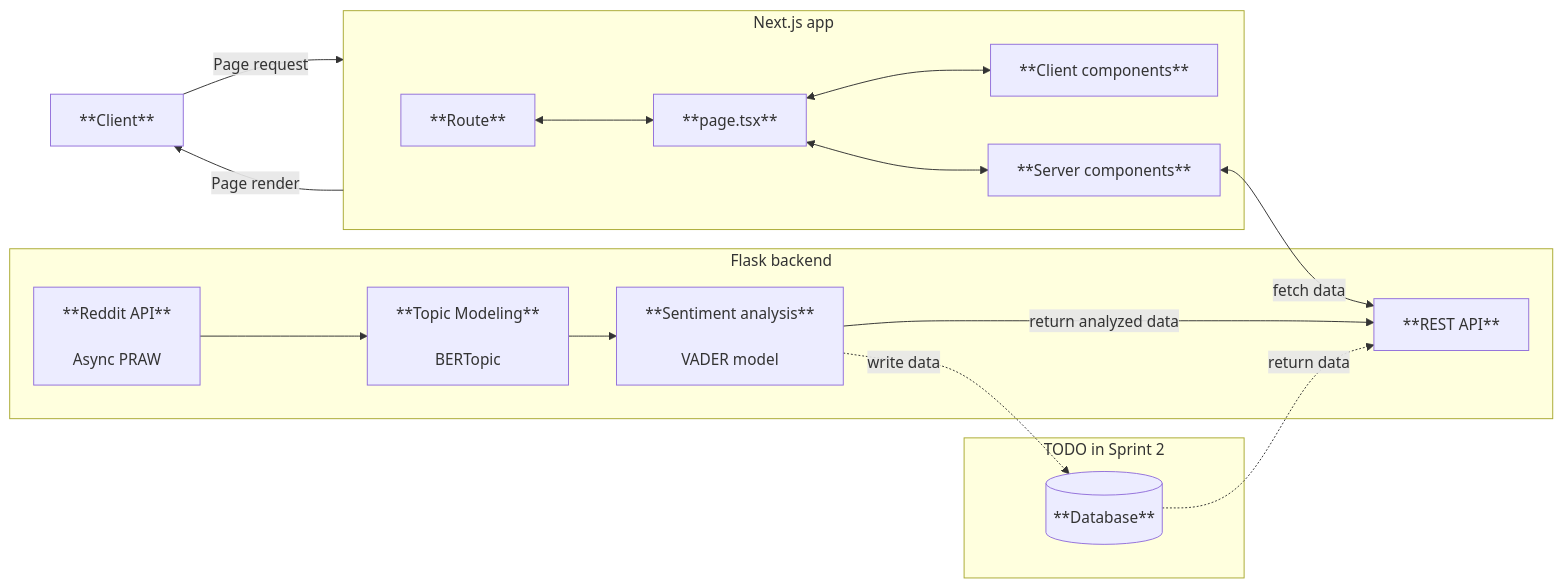
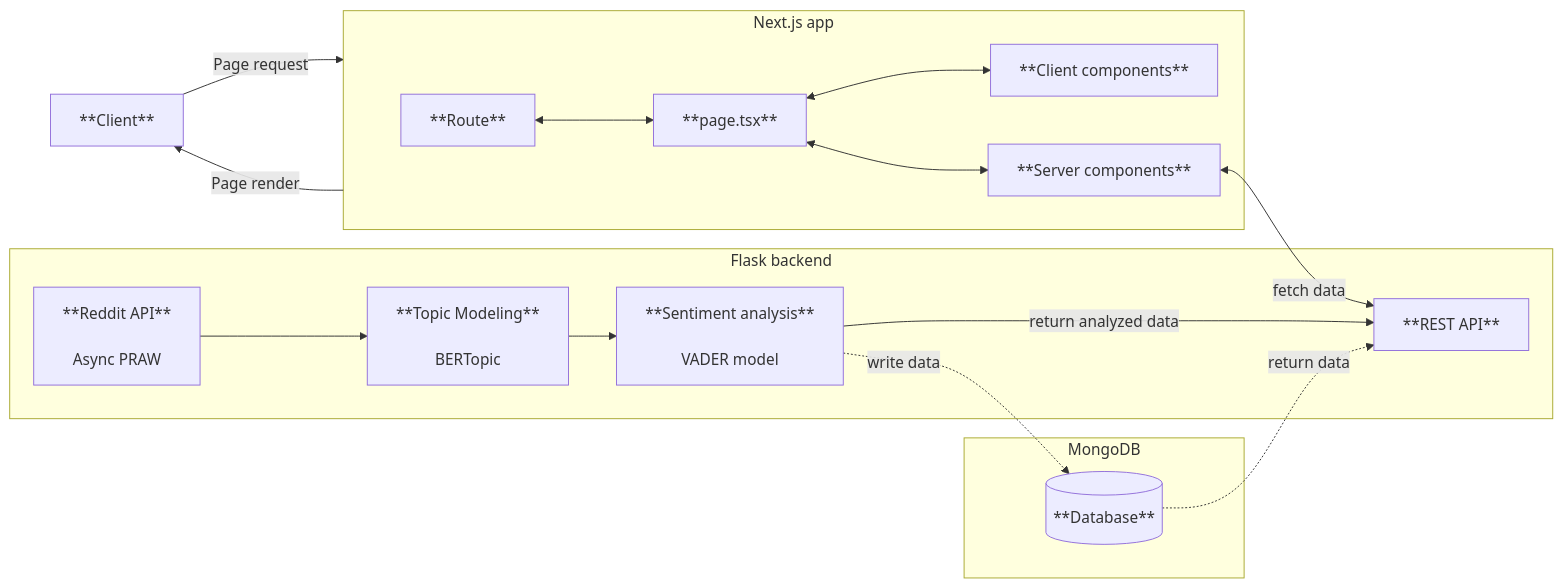
The diagram in profile/README.md (ohjelmistoprojekti-ii-reddit-app/.github), drawn with Mermaid before and after one commit.

````diff
--- a/profile/README.md
+++ b/profile/README.md
@@ -16,40 +16,40 @@
 ```mermaid
 flowchart LR
     %% Client node
     A[**Client**] -- Page request --> B[Next.js]
     B[Next.js] -- Page render -->A[**Client**]
 
     %% Next.js
     subgraph B[Next.js app]
         B1[**Route**]
         B2[**page.tsx**]
         B3[**Client components**]
         B4[**Server components**]
 
         B1 <--> B2
         B2 <--> B3
         B2 <--> B4 
     end
 
     C[Flask Backend]
 
     %% Flask
     subgraph C[Flask backend]
         C1[**Reddit API**<br/><br/>Async PRAW<br/>]
         C2[**Topic Modeling**<br/><br/>BERTopic<br/>]
         C3[**Sentiment analysis**<br/><br/>VADER model<br/>]
         C4[**REST API**]
         B4<-- fetch data --> C4
         C1 --> C2 --> C3 -- return analyzed data --> C4  
     end
 
     D[Sprint 2]
 
     %% Sprint 2
-    subgraph D[TODO in Sprint 2]
+    subgraph D[MongoDB]
         D1[(**Database**)]
 
         C3 -. write data .-> D1
         D1 -. return data .-> C4
     end
 ```
````
